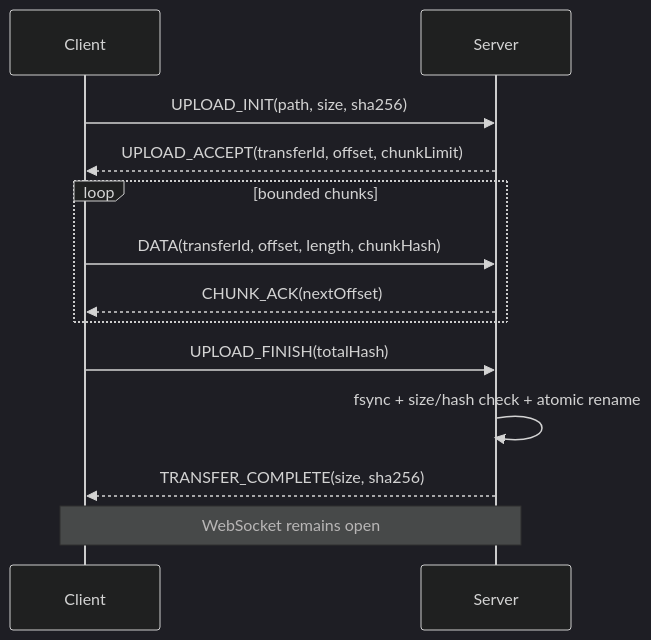
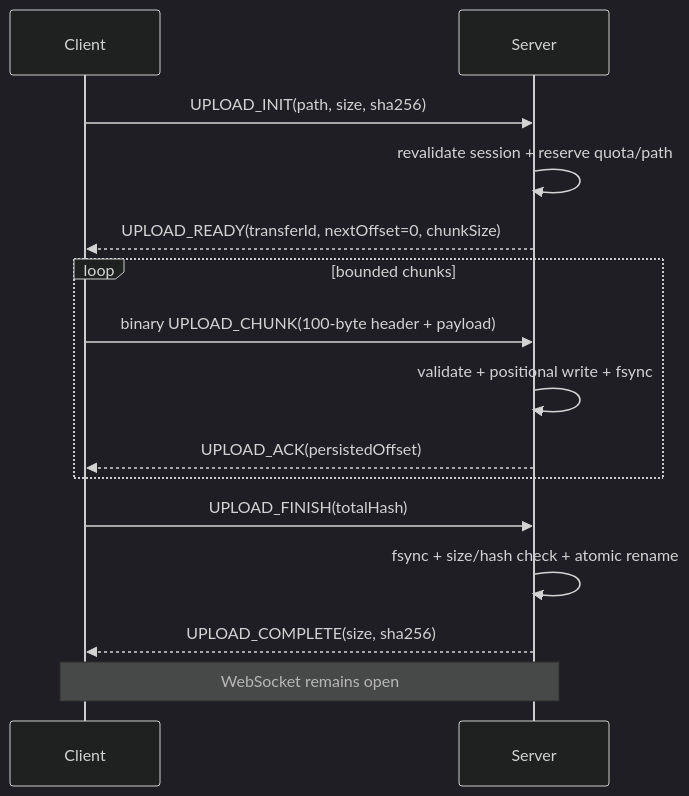
One commit to MickeyYannng/SecureFileTransfer changed the third of 3 diagrams in docs/architecture.md. Above: the diagram before and after it, drawn with Mermaid (dark theme). The commit also changed other lines of this file and 20 other files, not shown here.

````diff
--- a/docs/architecture.md
+++ b/docs/architecture.md
@@ -78,15 +79,17 @@
 ```mermaid
 sequenceDiagram
     participant C as Client
     participant S as Server
     C->>S: UPLOAD_INIT(path, size, sha256)
-    S-->>C: UPLOAD_ACCEPT(transferId, offset, chunkLimit)
+    S->>S: revalidate session + reserve quota/path
+    S-->>C: UPLOAD_READY(transferId, nextOffset=0, chunkSize)
     loop bounded chunks
-        C->>S: DATA(transferId, offset, length, chunkHash)
-        S-->>C: CHUNK_ACK(nextOffset)
+        C->>S: binary UPLOAD_CHUNK(100-byte header + payload)
+        S->>S: validate + positional write + fsync
+        S-->>C: UPLOAD_ACK(persistedOffset)
     end
     C->>S: UPLOAD_FINISH(totalHash)
     S->>S: fsync + size/hash check + atomic rename
-    S-->>C: TRANSFER_COMPLETE(size, sha256)
+    S-->>C: UPLOAD_COMPLETE(size, sha256)
     Note over C,S: WebSocket remains open
 ```
````
